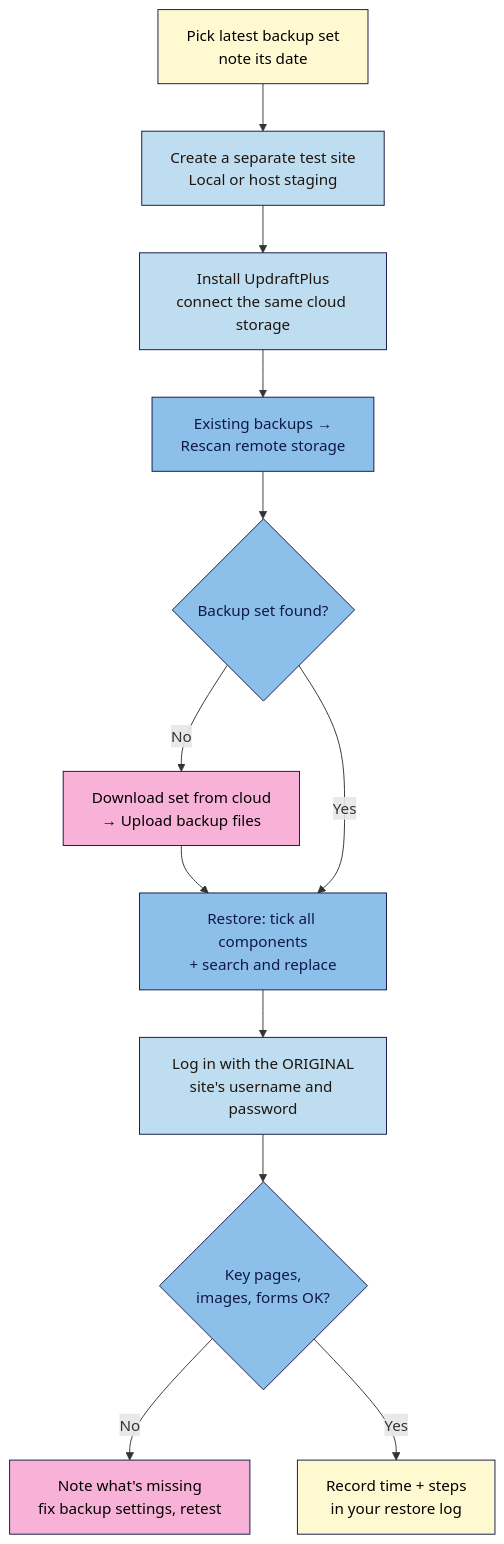
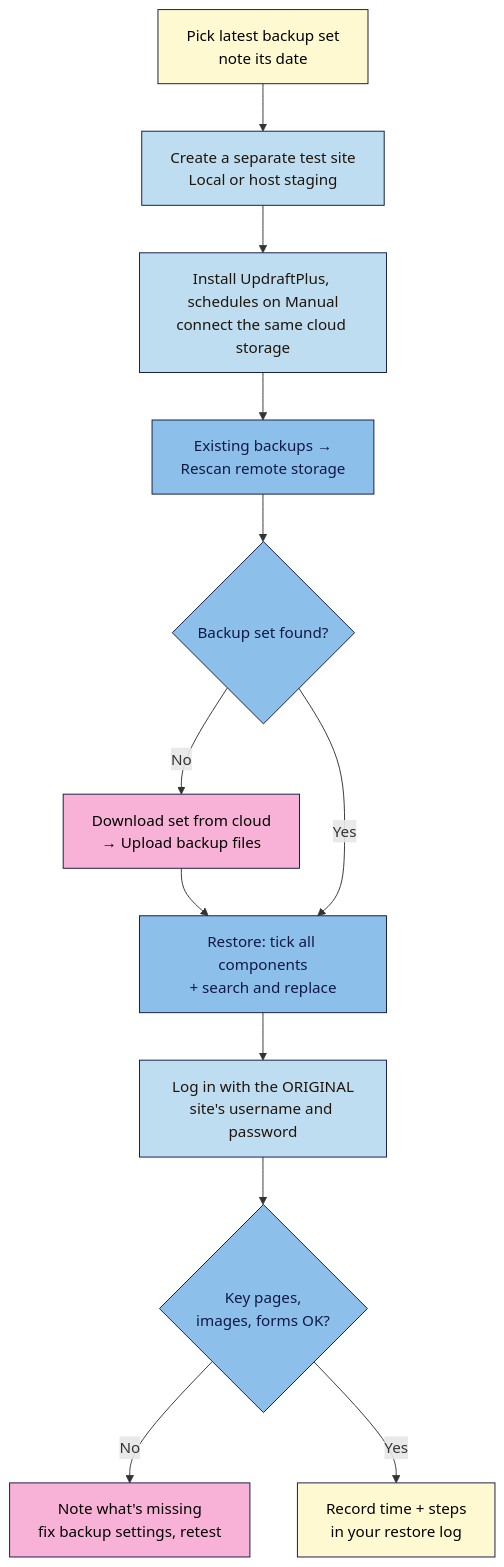
Before and after one commit to neps-in/courses-101: the diagram in wordpress-101/lessons/m07-l02-backups-tested-restore.md, drawn with Mermaid. The commit also changed other lines of this file and 2 other files, not shown here.

````diff
--- a/wordpress-101/lessons/m07-l02-backups-tested-restore.md
+++ b/wordpress-101/lessons/m07-l02-backups-tested-restore.md
@@ -49,19 +49,19 @@
 ```mermaid
 flowchart TD
   %% alt: Restore test: download or rescan the latest backup set onto a separate test site, restore all parts, log in, check key pages, record the time.
   A[Pick latest backup set<br/>note its date]:::cream --> B[Create a separate test site<br/>Local or host staging]:::sky
-  B --> C[Install UpdraftPlus<br/>connect the same cloud storage]:::sky
+  B --> C[Install UpdraftPlus, schedules on Manual<br/>connect the same cloud storage]:::sky
   C --> D[Existing backups →<br/>Rescan remote storage]:::blue
   D --> E{Backup set found?}:::blue
   E -- No --> F[Download set from cloud<br/>→ Upload backup files]:::pink
   F --> G
   E -- Yes --> G[Restore: tick all components<br/>+ search and replace]:::blue
   G --> H[Log in with the ORIGINAL<br/>site's username and password]:::sky
   H --> I{Key pages,<br/>images, forms OK?}:::blue
   I -- No --> J[Note what's missing<br/>fix backup settings, retest]:::pink
   I -- Yes --> K[Record time + steps<br/>in your restore log]:::cream
   classDef cream fill:#FFF9D2,color:#000000,stroke:#111844
   classDef sky   fill:#BFDDF0,color:#1F150C,stroke:#111844
   classDef blue  fill:#8CC0EB,color:#111844,stroke:#111844
   classDef pink  fill:#F9B2D7,color:#000000,stroke:#111844
 ```
````
